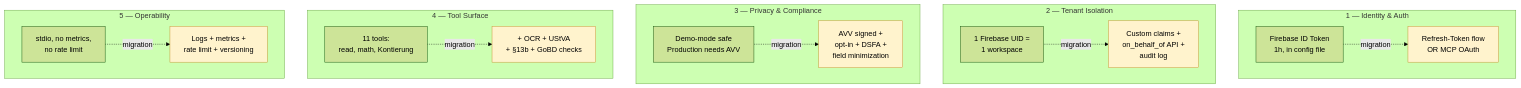
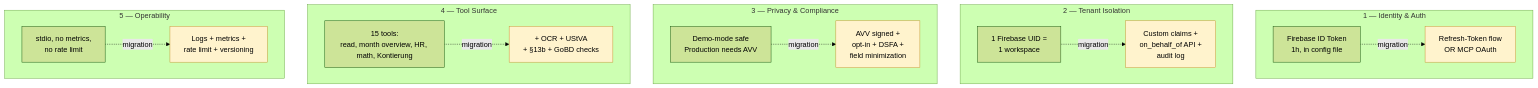
The diagram in docs/TARGET_ARCHITECTURE.md (Arditthaqi/buchhaltiq-mcp), drawn with Mermaid (forest theme) before and after one commit. The commit also changed other lines of this file and 20 other files, not shown here.

Commit message:
feat: add HR tools and accounting month overview

````diff
--- a/docs/TARGET_ARCHITECTURE.md
+++ b/docs/TARGET_ARCHITECTURE.md
@@ -9,24 +9,24 @@
 ```mermaid
 flowchart TB
     subgraph identity["1 — Identity & Auth"]
         A1[Firebase ID Token<br/>1h, in config file] -.->|migration| A2[Refresh-Token flow<br/>OR MCP OAuth]
     end
     subgraph tenant["2 — Tenant Isolation"]
         T1[1 Firebase UID =<br/>1 workspace] -.->|migration| T2[Custom claims +<br/>on_behalf_of API +<br/>audit log]
     end
     subgraph privacy["3 — Privacy & Compliance"]
         P1[Demo-mode safe<br/>Production needs AVV] -.->|migration| P2[AVV signed +<br/>opt-in + DSFA +<br/>field minimization]
     end
     subgraph tools["4 — Tool Surface"]
-        S1[11 tools:<br/>read, math, Kontierung] -.->|migration| S2[+ OCR + UStVA<br/>+ §13b + GoBD checks]
+        S1[15 tools:<br/>read, month overview, HR, math, Kontierung] -.->|migration| S2[+ OCR + UStVA<br/>+ §13b + GoBD checks]
     end
     subgraph ops["5 — Operability"]
         O1[stdio, no metrics,<br/>no rate limit] -.->|migration| O2[Logs + metrics +<br/>rate limit + versioning]
     end
 
     style A2 fill:#fff3cd,stroke:#c4922e,color:#000
     style T2 fill:#fff3cd,stroke:#c4922e,color:#000
     style P2 fill:#fff3cd,stroke:#c4922e,color:#000
     style S2 fill:#fff3cd,stroke:#c4922e,color:#000
     style O2 fill:#fff3cd,stroke:#c4922e,color:#000
 ```
````
